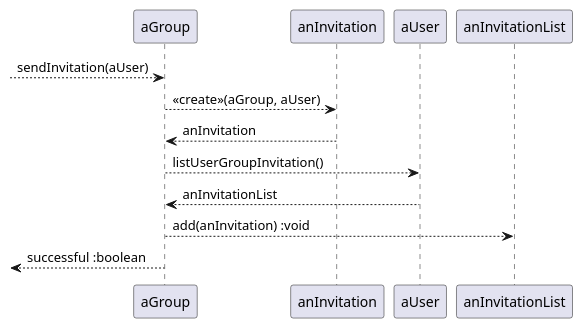
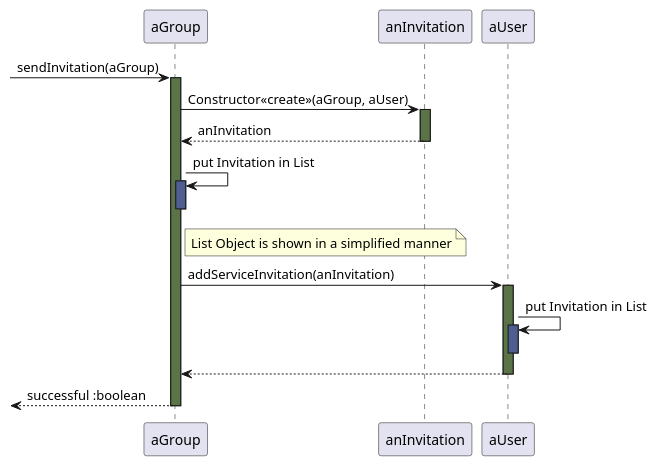
The diagram in doc/groupinvitation.puml (sesogr/auth-share), drawn with PlantUML before and after one commit. The commit also changed other lines of this file, not shown here.

Commit message:
update the sequence diagram of methode sendInvitation(Group)

```diff
--- a/doc/groupinvitation.puml
+++ b/doc/groupinvitation.puml
@@ -1,15 +1,28 @@
 @startuml
 
- --> aGroup: sendInvitation(aUser)
-
-aGroup --> anInvitation: <<create>>(aGroup, aUser)
+-> aGroup: sendInvitation(aGroup)
+activate aGroup #5a7447ff
+aGroup -> anInvitation: Constructor<<create>>(aGroup, aUser)
+activate anInvitation #5a7447ff
 aGroup <-- anInvitation: anInvitation
-aGroup --> aUser: listUserGroupInvitation()
-aGroup <-- aUser: anInvitationList
-aGroup --> anInvitationList: add(anInvitation) :void
- <-- aGroup: successful :boolean
+deactivate anInvitation
+aGroup -> aGroup: put Invitation in List
+note right of aGroup
+List Object is shown in a simplified manner
+end note
+activate aGroup #4e5e91ff
+deactivate aGroup
+aGroup -> aUser: addServiceInvitation(anInvitation)
+activate aUser #5a7447ff
+aUser -> aUser:  put Invitation in List
+activate aUser #4e5e91ff
+deactivate aUser
+aGroup <-- aUser
+deactivate aUser
+<-- aGroup: successful :boolean
+deactivate aGroup
 
 
 
 
 @enduml
```
